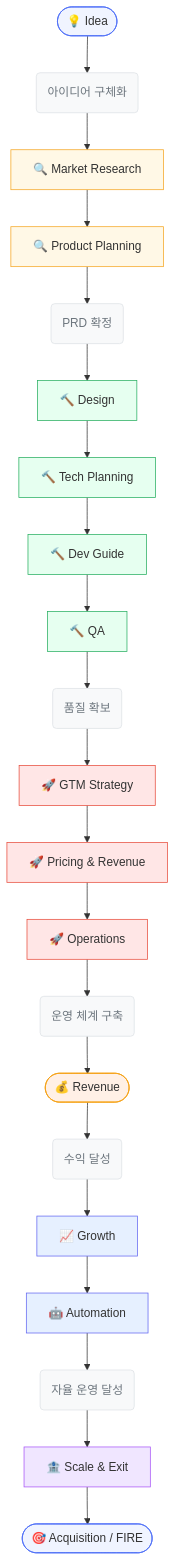
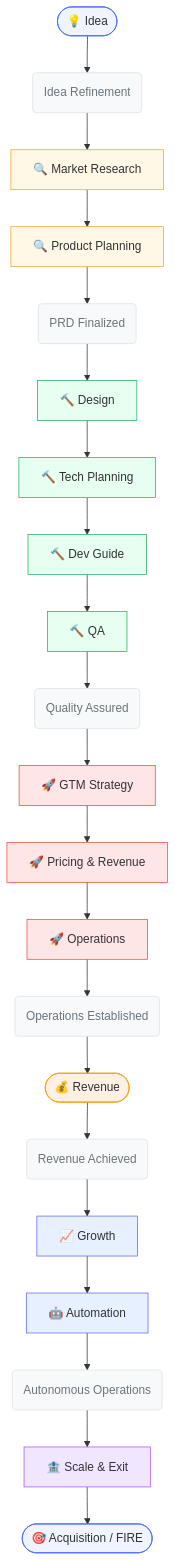
Before and after one commit to JayKim88/claude-ai-engineering: the first of 6 diagrams in plugins/business-avengers/README.md, drawn with Mermaid. The commit also changed other lines of this file and 22 other files, not shown here.

````diff
--- a/plugins/business-avengers/README.md
+++ b/plugins/business-avengers/README.md
@@ -18,41 +18,41 @@
 ```mermaid
 graph TD
     A(["💡 Idea"]):::inputNode
-    L1("아이디어 구체화"):::step
+    L1("Idea Refinement"):::step
     B["🔍 Market Research"]:::validateNode
     C["🔍 Product Planning"]:::validateNode
-    L2("PRD 확정"):::step
+    L2("PRD Finalized"):::step
     D["🔨 Design"]:::buildNode
     E["🔨 Tech Planning"]:::buildNode
     F["🔨 Dev Guide"]:::buildNode
     G["🔨 QA"]:::buildNode
-    L3("품질 확보"):::step
+    L3("Quality Assured"):::step
     H["🚀 GTM Strategy"]:::launchNode
     I["🚀 Pricing & Revenue"]:::launchNode
     J["🚀 Operations"]:::launchNode
-    L4("운영 체계 구축"):::step
+    L4("Operations Established"):::step
     K(["💰 Revenue"]):::revenueNode
-    L5("수익 달성"):::step
+    L5("Revenue Achieved"):::step
     M["📈 Growth"]:::growNode
     N["🤖 Automation"]:::growNode
-    L6("자율 운영 달성"):::step
+    L6("Autonomous Operations"):::step
     O["🏦 Scale & Exit"]:::exitNode
     P(["🎯 Acquisition / FIRE"]):::outputNode
 
     A --> L1 --> B --> C
     C --> L2 --> D --> E --> F --> G
     G --> L3 --> H --> I --> J
     J --> L4 --> K
     K --> L5 --> M --> N
     N --> L6 --> O --> P
 
     classDef inputNode fill:#f0f4ff,stroke:#4a6cf7
     classDef validateNode fill:#fff8e6,stroke:#f5a623
     classDef buildNode fill:#e6fff0,stroke:#27ae60
     classDef launchNode fill:#ffe6e6,stroke:#e74c3c
     classDef revenueNode fill:#fff0e6,stroke:#f59e0b
     classDef growNode fill:#e6f0ff,stroke:#6366f1
     classDef exitNode fill:#f0e6ff,stroke:#a855f7
     classDef outputNode fill:#f0f4ff,stroke:#4a6cf7
     classDef step fill:#f8f9fa,stroke:#dee2e6,color:#6c757d
 ```
````
